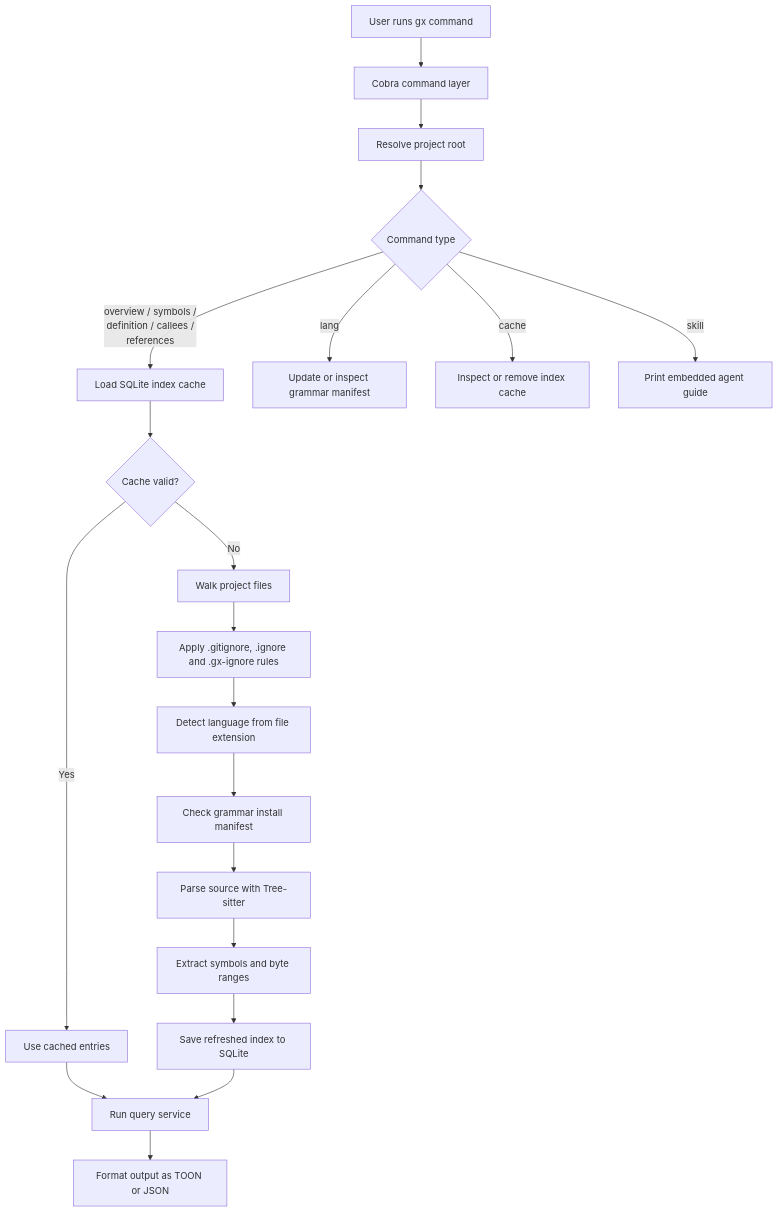
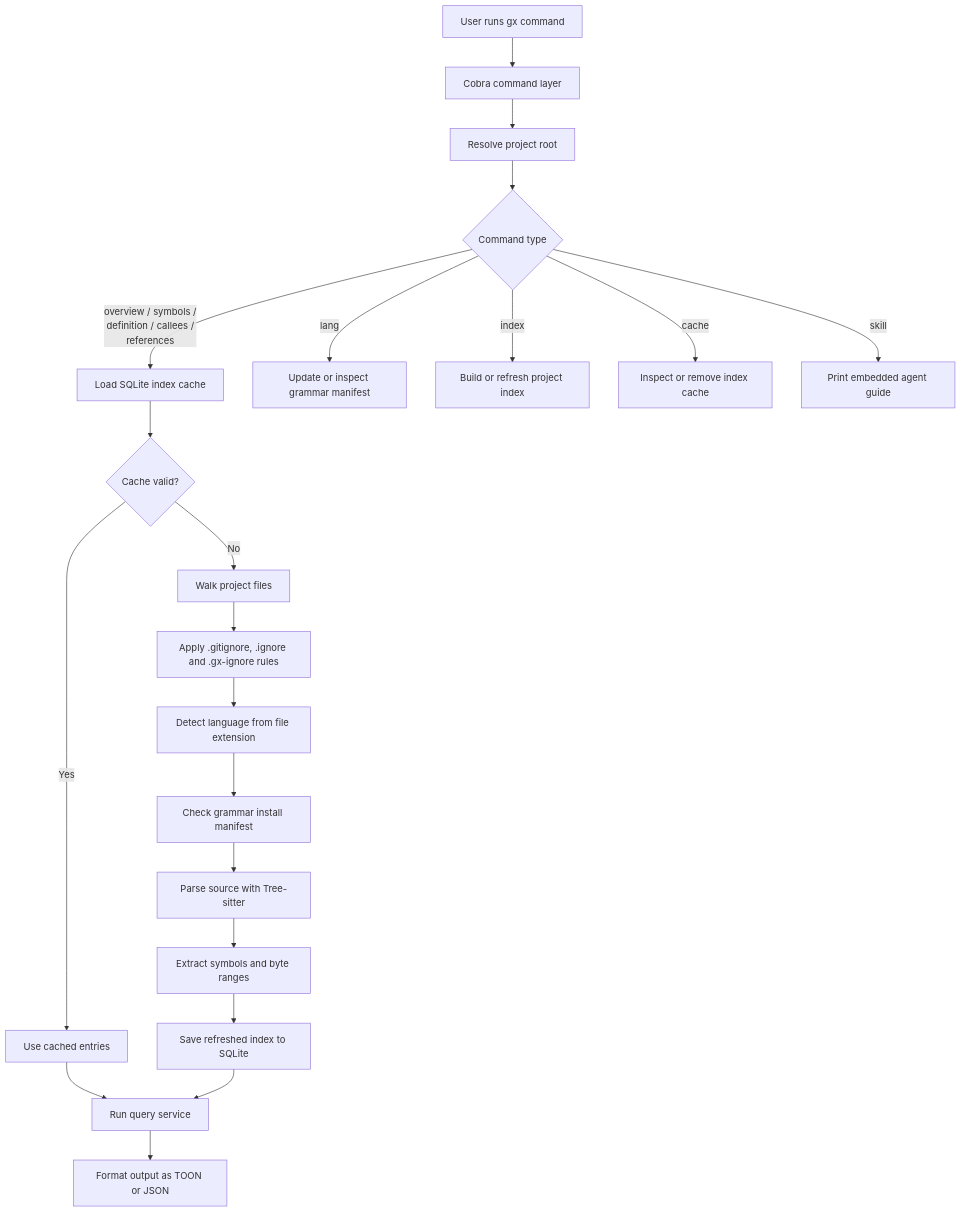
The diagram in README.md (XDwanj/gx), drawn with Mermaid before and after one commit. The commit also changed other lines of this file and 6 other files, not shown here.

````diff
--- a/README.md
+++ b/README.md
@@ -390,24 +390,25 @@
 ```mermaid
 flowchart TD
     A[User runs gx command] --> B[Cobra command layer]
     B --> C[Resolve project root]
     C --> D{Command type}
 
     D -->|overview / symbols /\ndefinition / callees /\nreferences| E[Load SQLite index cache]
     E --> F{Cache valid?}
     F -->|Yes| G[Use cached entries]
     F -->|No| H[Walk project files]
     H --> I[Apply .gitignore, .ignore and .gx-ignore rules]
     I --> J[Detect language from file extension]
     J --> K[Check grammar install manifest]
     K --> L[Parse source with Tree-sitter]
     L --> M[Extract symbols and byte ranges]
     M --> N[Save refreshed index to SQLite]
     G --> O[Run query service]
     N --> O
     O --> P[Format output as TOON or JSON]
 
     D -->|lang| Q[Update or inspect grammar manifest]
-    D -->|cache| R[Inspect or remove index cache]
+    D -->|index| R[Build or refresh project index]
+    D -->|cache| T[Inspect or remove index cache]
     D -->|skill| S[Print embedded agent guide]
 ```
````
